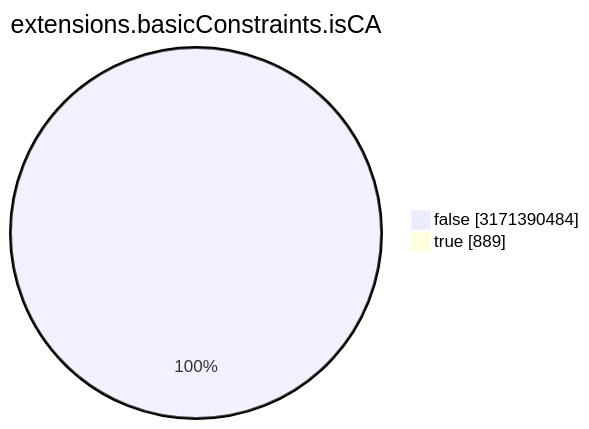
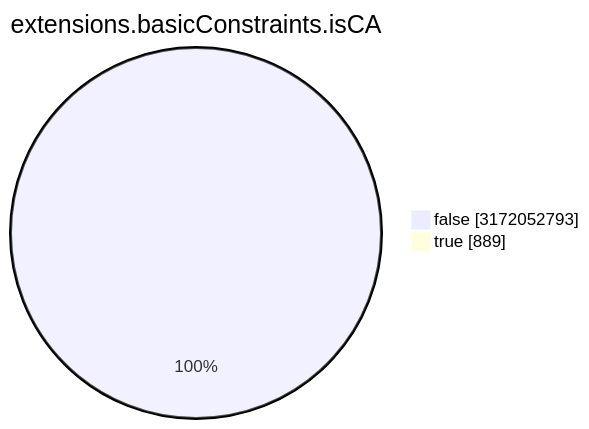
Before and after one commit to christiankrug/ctmonitor_visualization: the seventh of 15 diagrams in TOTAL/README.md, drawn with Mermaid. The commit also changed other lines of this file, not shown here.

````diff
--- a/TOTAL/README.md
+++ b/TOTAL/README.md
@@ -3088,6 +3088,6 @@
 ```mermaid
 pie showData
 title extensions.basicConstraints.isCA
-"false" :3171390484
+"false" :3172052793
 "true" :889
 ```
````
